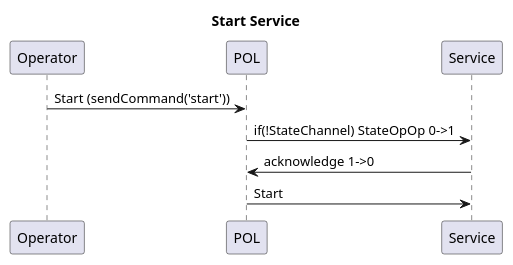
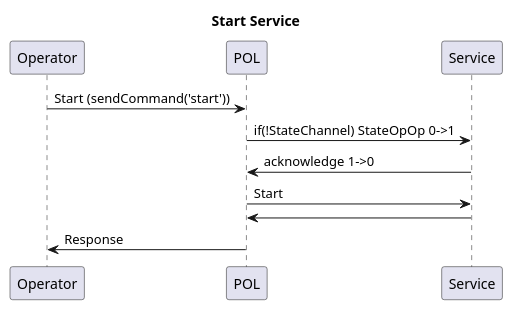
Before and after one commit to p2o-lab/polaris-backend: the diagram in src/modularPlantManager/pea/dataAssembly/ServiceControl/SequenceDiagramServices.puml, drawn with PlantUML. The commit also changed 5 other files, not shown here.

```diff
--- a/src/modularPlantManager/pea/dataAssembly/ServiceControl/SequenceDiagramServices.puml
+++ b/src/modularPlantManager/pea/dataAssembly/ServiceControl/SequenceDiagramServices.puml
@@ -1,14 +1,17 @@
 @startuml
 title Start Service
 participant Operator
 participant POL
 participant Service
 
 Operator->POL: Start (sendCommand('start'))
 
 POL->Service: if(!StateChannel) StateOpOp 0->1
 Service->POL: acknowledge 1->0
 
 POL->Service: Start
+Service->POL
+
+POL->Operator: Response
 
 @enduml
```
